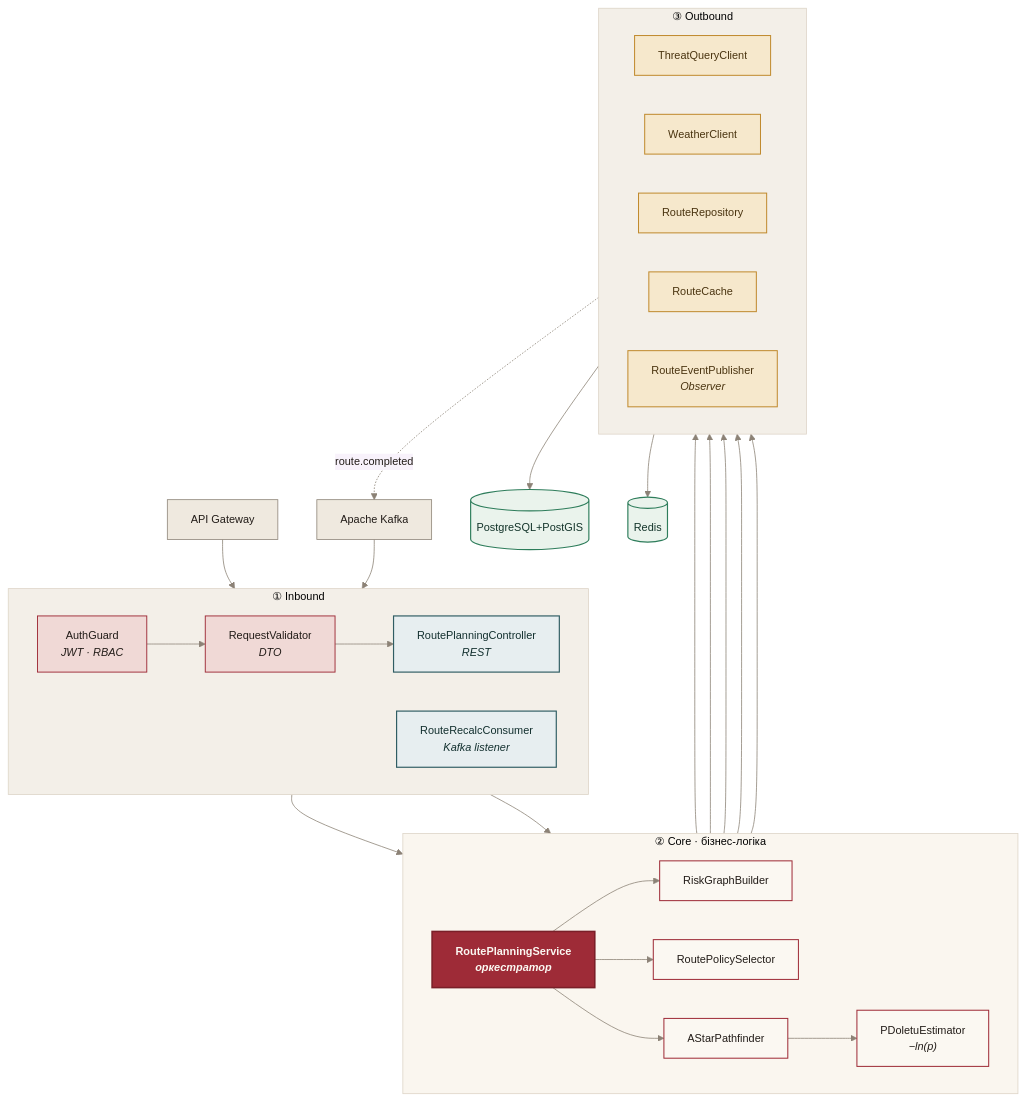
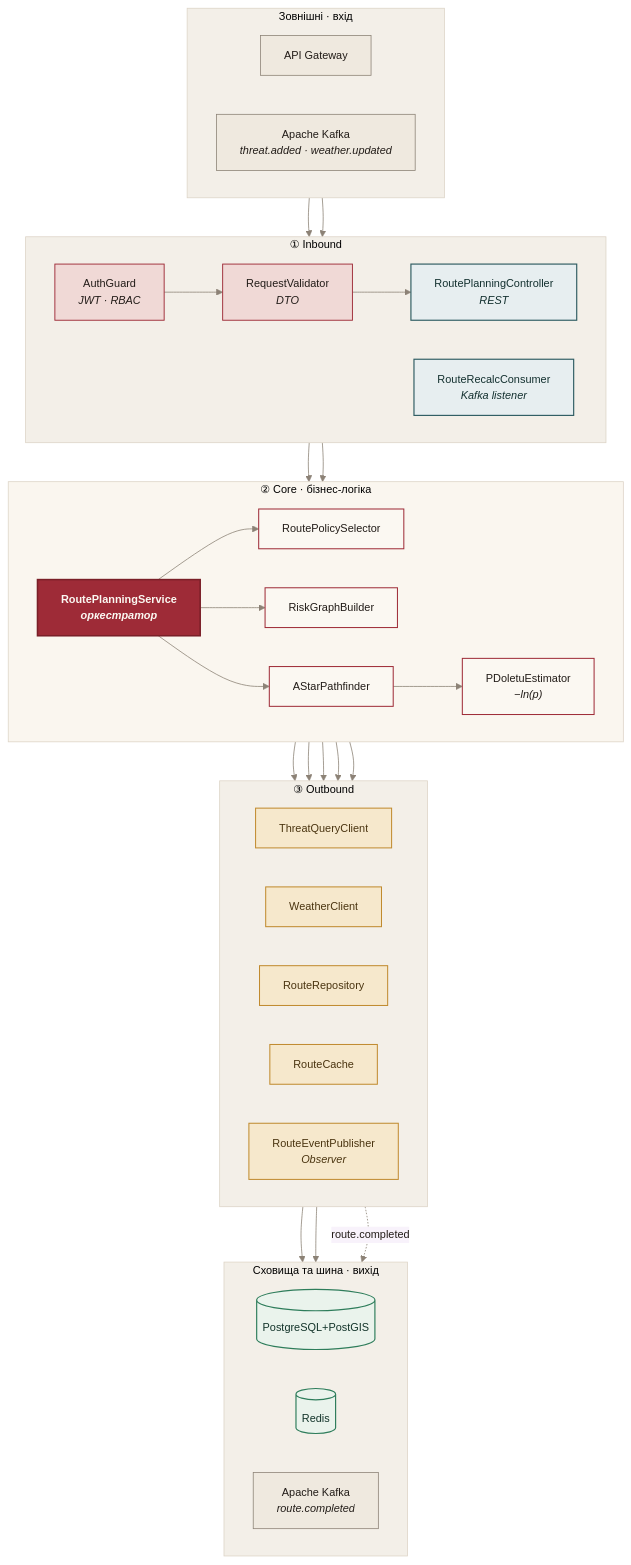
Before and after one commit to volodymyrDobry/121-diploma-project: the third of 7 diagrams in docs/2_design.md, drawn with Mermaid. The commit also changed other lines of this file, not shown here.

Commit message:
docs(chapter-2): refine C4 component to clean top-down layered flow
Rework the Level 3 component diagram as a strictly top-to-bottom
layered pipeline (external in -> Inbound -> Core -> Outbound ->
stores/bus out). Split the Kafka node into inbound (threat.added /
weather.updated) and outbound (route.completed) endpoints to remove
the publish->consume cycle that previously inverted the layer order.
Improves readability per review; no semantic change.

Claude-Session: https://claude.ai/code/session_01VjYLGX9SwvwUBZ8uY2EzpN

````diff
--- a/docs/2_design.md
+++ b/docs/2_design.md
@@ -149,55 +149,65 @@
 ```mermaid
 %%{init: {'theme':'base','themeVariables':{'fontFamily':'IBM Plex Sans, Segoe UI, sans-serif','fontSize':'14px','primaryColor':'#FBF8F2','primaryTextColor':'#221C18','primaryBorderColor':'#9E2B37','lineColor':'#8C8276'}}}%%
 flowchart TB
-    GW["API Gateway"]:::extn
-    KFK["Apache Kafka"]:::extn
+    subgraph edge["Зовнішні · вхід"]
+        direction LR
+        GW["API Gateway"]:::extn
+        KIN["Apache Kafka<br/><i>threat.added · weather.updated</i>"]:::extn
+    end
 
     subgraph inb["① Inbound"]
         direction LR
         GUARD["AuthGuard<br/><i>JWT · RBAC</i>"]:::xcut
         VAL["RequestValidator<br/><i>DTO</i>"]:::xcut
         CTRL["RoutePlanningController<br/><i>REST</i>"]:::in
         CONS["RouteRecalcConsumer<br/><i>Kafka listener</i>"]:::in
     end
 
     subgraph core["② Core · бізнес-логіка"]
         direction LR
         SVC["RoutePlanningService<br/><i>оркестратор</i>"]:::coreMain
+        POL["RoutePolicySelector"]:::core
         GRAPH["RiskGraphBuilder"]:::core
         ASTAR["AStarPathfinder"]:::core
         PD["PDoletuEstimator<br/><i>−ln(p)</i>"]:::core
-        POL["RoutePolicySelector"]:::core
     end
 
     subgraph outb["③ Outbound"]
         direction LR
         TQC["ThreatQueryClient"]:::out
         WC["WeatherClient"]:::out
         REPO["RouteRepository"]:::out
         CACHE["RouteCache"]:::out
         PUB["RouteEventPublisher<br/><i>Observer</i>"]:::out
     end
 
-    PG[("PostgreSQL+PostGIS")]:::db
-    RD[("Redis")]:::db
+    subgraph data["Сховища та шина · вихід"]
+        direction LR
+        PG[("PostgreSQL+PostGIS")]:::db
+        RD[("Redis")]:::db
+        KOUT["Apache Kafka<br/><i>route.completed</i>"]:::extn
+    end
 
     GW --> GUARD --> VAL --> CTRL --> SVC
-    KFK --> CONS --> SVC
-    SVC --> GRAPH & POL & ASTAR & REPO & CACHE & PUB
+    KIN --> CONS --> SVC
+    SVC --> POL & GRAPH & ASTAR
+    ASTAR --> PD
     GRAPH --> TQC & WC
-    ASTAR --> PD
+    SVC --> REPO & CACHE & PUB
     REPO --> PG
     CACHE --> RD
-    PUB -. "route.completed" .-> KFK
+    PUB -. "route.completed" .-> KOUT
 
     classDef in fill:#E7EEF0,stroke:#2F5D63,stroke-width:1.5px,color:#13302f
     classDef xcut fill:#F0D9D6,stroke:#9E2B37,stroke-width:1.2px,color:#221C18
     classDef coreMain fill:#9E2B37,stroke:#7a1f28,stroke-width:2px,color:#FBF8F2,font-weight:bold
     classDef core fill:#FBF8F2,stroke:#9E2B37,stroke-width:1.3px,color:#221C18
     classDef out fill:#F6E8CC,stroke:#C08A2E,stroke-width:1.3px,color:#4a3410
     classDef db fill:#EAF3EC,stroke:#2E7D5B,stroke-width:1.5px,color:#13342a
     classDef extn fill:#EFE9DF,stroke:#8C8276,stroke-width:1px,color:#221C18
+    style edge fill:#F3EFE8,stroke:#DDD4C7
     style inb fill:#F3EFE8,stroke:#DDD4C7
     style core fill:#FAF6EF,stroke:#DDD4C7
     style outb fill:#F3EFE8,stroke:#DDD4C7
+    style data fill:#F3EFE8,stroke:#DDD4C7
 ```
````
